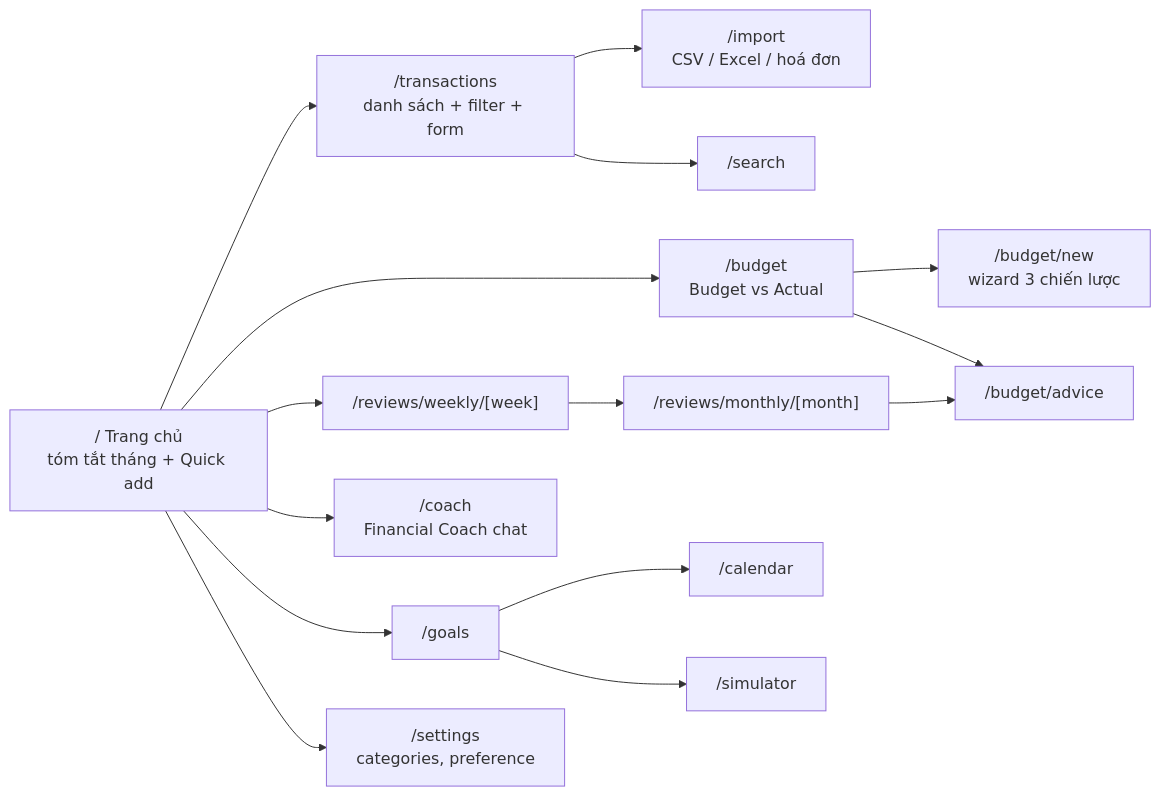
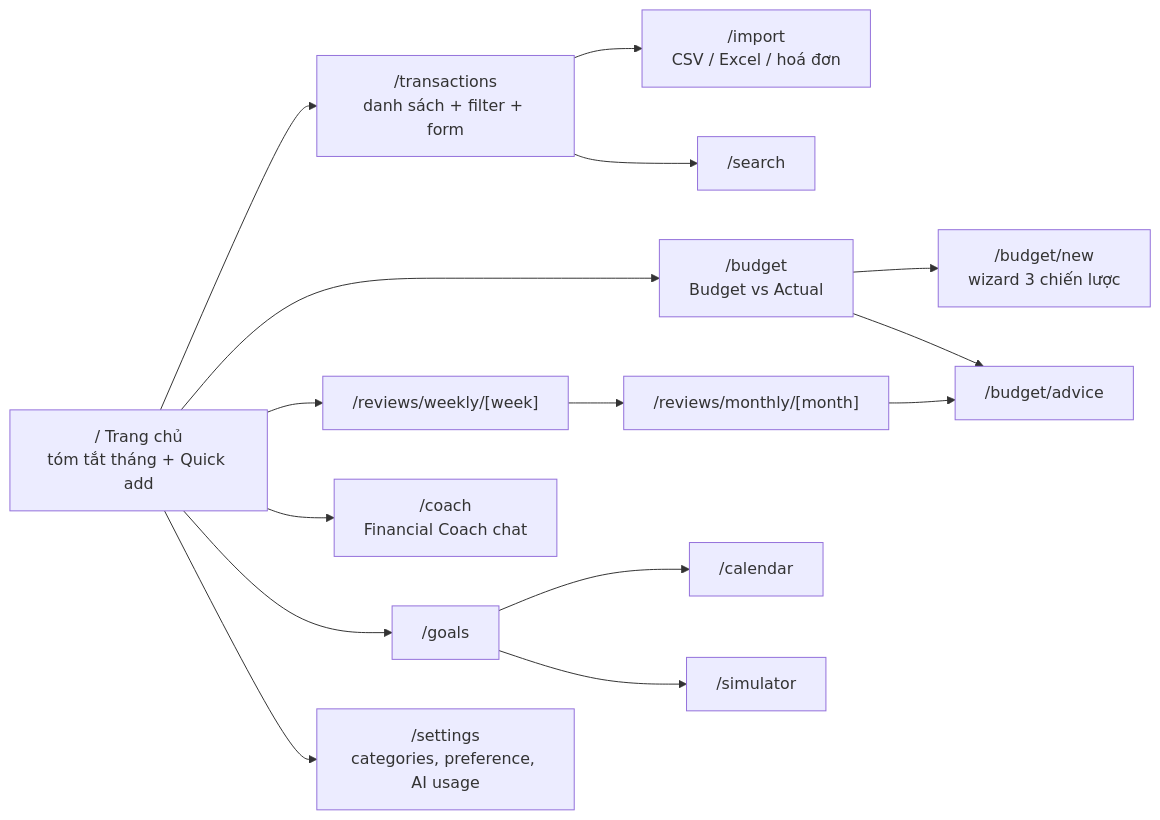
Before and after one commit to dangbh96/AI-personal-finance-assistant: the diagram in docs/architecture/frontend-structure.md, drawn with Mermaid. The commit also changed other lines of this file and 45 other files, not shown here.

````diff
--- a/docs/architecture/frontend-structure.md
+++ b/docs/architecture/frontend-structure.md
@@ -7,32 +7,32 @@
 ```mermaid
 flowchart LR
     home["/ Trang chủ<br/>tóm tắt tháng + Quick add"]
     tx["/transactions<br/>danh sách + filter + form"]
     budget["/budget<br/>Budget vs Actual"]
     budgetNew["/budget/new<br/>wizard 3 chiến lược"]
     weekly["/reviews/weekly/[week]"]
     monthly["/reviews/monthly/[month]"]
     advice["/budget/advice"]
     coach["/coach<br/>Financial Coach chat"]
     goals["/goals"]
     calendar["/calendar"]
     imp["/import<br/>CSV / Excel / hoá đơn"]
     search["/search"]
     sim["/simulator"]
-    settings["/settings<br/>categories, preference"]
+    settings["/settings<br/>categories, preference, AI usage"]
 
     home --> tx
     home --> budget
     home --> weekly
     budget --> budgetNew
     budget --> advice
     weekly --> monthly
     monthly --> advice
     home --> coach
     home --> goals
     goals --> calendar
     tx --> imp
     tx --> search
     goals --> sim
     home --> settings
 ```
````
